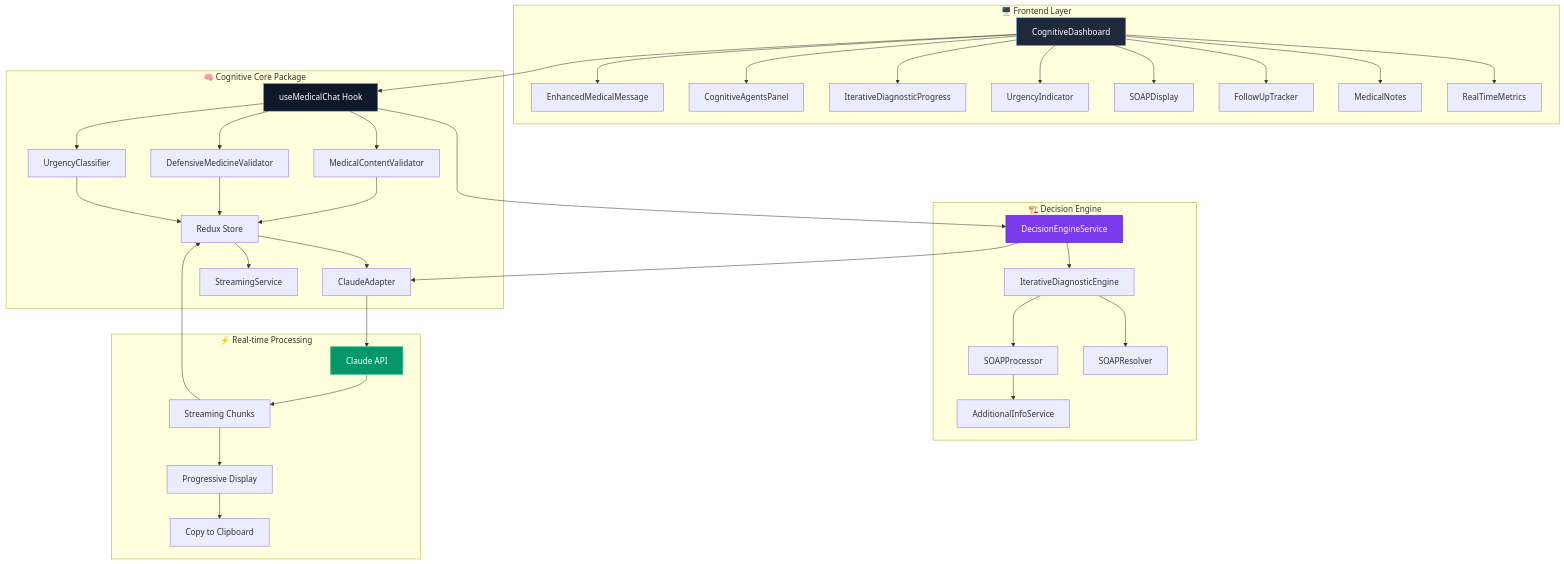
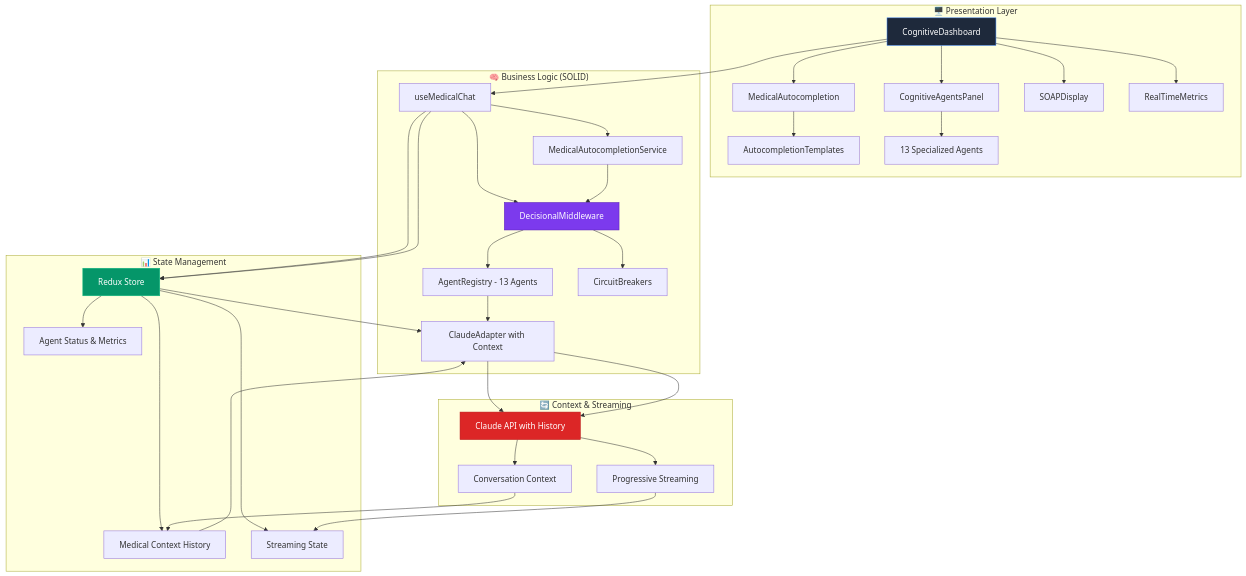
One commit to BernardUriza/redux-claude changed the first of 4 diagrams in README.md. Above: the diagram before and after it, drawn with Mermaid. The commit also changed other lines of this file and 13 other files, not shown here.

````diff
--- a/README.md
+++ b/README.md
@@ -121,48 +122,46 @@
 ```mermaid
 graph TB
-    subgraph "🖥️ Frontend Layer"
-        A[CognitiveDashboard] --> B[EnhancedMedicalMessage]
+    subgraph "🖥️ Presentation Layer"
+        A[CognitiveDashboard] --> B[MedicalAutocompletion]
         A --> C[CognitiveAgentsPanel]
-        A --> D[IterativeDiagnosticProgress]
-        A --> E[UrgencyIndicator]
-        A --> F[SOAPDisplay]
-        A --> G[FollowUpTracker]
-        A --> H[MedicalNotes]
-        A --> I[RealTimeMetrics]
+        A --> D[SOAPDisplay]
+        A --> E[RealTimeMetrics]
+        B --> F[AutocompletionTemplates]
+        C --> G[13 Specialized Agents]
     end
     
-    subgraph "🧠 Cognitive Core Package"
-        J[useMedicalChat Hook] --> K[MedicalContentValidator]
-        J --> L[DefensiveMedicineValidator]
-        J --> M[UrgencyClassifier]
-        K --> N[Redux Store]
-        L --> N
-        M --> N
-        N --> O[ClaudeAdapter]
-        N --> P[StreamingService]
+    subgraph "🧠 Business Logic (SOLID)"
+        H[useMedicalChat] --> I[MedicalAutocompletionService]
+        H --> J[DecisionalMiddleware]
+        I --> J
+        J --> K[AgentRegistry - 13 Agents]
+        J --> L[CircuitBreakers]
+        K --> M[ClaudeAdapter with Context]
     end
     
-    subgraph "🏗️ Decision Engine"
-        Q[DecisionEngineService] --> R[IterativeDiagnosticEngine]
-        R --> S[SOAPProcessor]
-        R --> T[SOAPResolver]
-        S --> U[AdditionalInfoService]
+    subgraph "📊 State Management"
+        N[Redux Store] --> O[Medical Context History]
+        N --> P[Agent Status & Metrics]
+        N --> Q[Streaming State]
+        O --> M
+        H --> N
     end
     
-    subgraph "⚡ Real-time Processing"
-        V[Claude API] --> W[Streaming Chunks]
-        W --> X[Progressive Display]
-        X --> Y[Copy to Clipboard]
+    subgraph "🔄 Context & Streaming"
+        M --> R[Claude API with History]
+        R --> S[Conversation Context]
+        R --> T[Progressive Streaming]
+        S --> O
+        T --> Q
     end
     
-    A --> J
-    J --> Q
-    O --> V
-    Q --> O
-    W --> N
+    A --> H
+    H --> N
+    N --> M
+    M --> R
     
     style A fill:#1e293b,stroke:#3b82f6,color:#fff
-    style J fill:#0f172a,stroke:#06b6d4,color:#fff
-    style Q fill:#7c3aed,stroke:#5b21b6,color:#fff
-    style V fill:#059669,stroke:#10b981,color:#fff
+    style J fill:#7c3aed,stroke:#5b21b6,color:#fff
+    style N fill:#059669,stroke:#10b981,color:#fff
+    style R fill:#dc2626,stroke:#b91c1c,color:#fff
 ```
````
